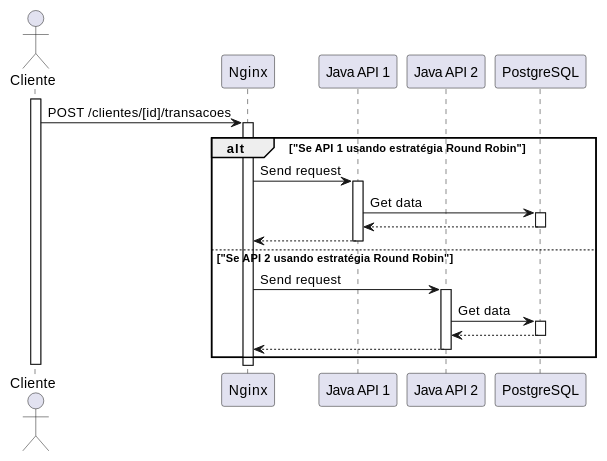
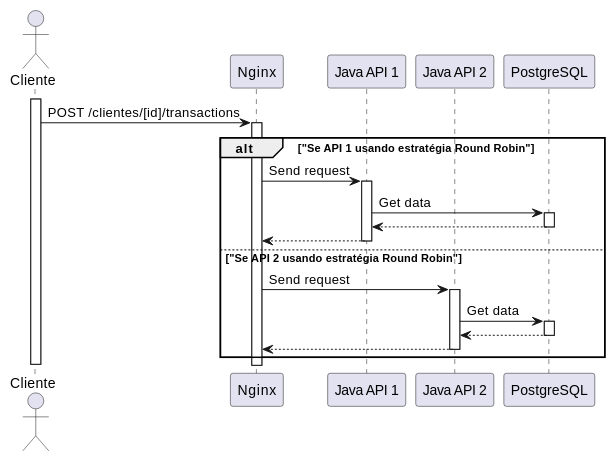
Before and after one commit to faermanj/quarkus-performance-workshop: the first of 2 diagrams in alternatives/participantes/leluque-micronaut-java/README.md, drawn with PlantUML. The commit also changed other lines of this file and 549 other files, not shown here.

````diff
--- a/alternatives/participantes/leluque-micronaut-java/README.md
+++ b/alternatives/participantes/leluque-micronaut-java/README.md
@@ -26,76 +26,76 @@
 ```plantuml
         ┌─┐                                                                                                               
         ║"│                                                                                                               
         └┬┘                                                                                                               
         ┌┼┐                                                                                                               
          │                             ┌─────┐          ┌──────────┐          ┌──────────┐          ┌──────────┐          
         ┌┴┐                            │Nginx│          │Java API 1│          │Java API 2│          │PostgreSQL│          
       Cliente                          └──┬──┘          └────┬─────┘          └────┬─────┘          └────┬─────┘          
-        ┌┴┐POST /clientes/[id]/transacoes┌┴┐                 │                     │                     │                
+        ┌┴┐POST /clientes/[id]/transactions┌┴┐                 │                     │                     │                
         │ │ ────────────────────────────>│ │                 │                     │                     │                
         │ │                              │ │                 │                     │                     │                
         │ │                              │ │                 │                     │                     │                
         │ │                  ╔══════╤════╪═╪═════════════════╪═════════════════════╪═════════════════════╪═══════════════╗
         │ │                  ║ ALT  │  "Se API 1 usando estratégia Round Robin"    │                     │               ║
         │ │                  ╟──────┘    │ │                 │                     │                     │               ║
         │ │                  ║           │ │  Send request   ┌┴┐                   │                     │               ║
         │ │                  ║           │ │ ──────────────> │ │                   │                     │               ║
         │ │                  ║           │ │                 │ │                   │                     │               ║
         │ │                  ║           │ │                 │ │                Get data                 ┌┴┐             ║
         │ │                  ║           │ │                 │ │ ───────────────────────────────────────>│ │             ║
         │ │                  ║           │ │                 │ │                   │                     └┬┘             ║
         │ │                  ║           │ │                 │ │                   │                     │               ║
         │ │                  ║           │ │                 │ │ <─ ─ ─ ─ ─ ─ ─ ─ ─ ─ ─ ─ ─ ─ ─ ─ ─ ─ ─ ─                ║
         │ │                  ║           │ │                 └┬┘                   │                     │               ║
         │ │                  ║           │ │                 │                     │                     │               ║
         │ │                  ║           │ │ <─ ─ ─ ─ ─ ─ ─ ─                      │                     │               ║
         │ │                  ╠═══════════╪═╪═════════════════╪═════════════════════╪═════════════════════╪═══════════════╣
         │ │                  ║ ["Se API 2 usando estratégia Round Robin"]          │                     │               ║
         │ │                  ║           │ │             Send request              ┌┴┐                   │               ║
         │ │                  ║           │ │ ────────────────────────────────────> │ │                   │               ║
         │ │                  ║           │ │                 │                     │ │                   │               ║
         │ │                  ║           │ │                 │                     │ │     Get data      ┌┴┐             ║
         │ │                  ║           │ │                 │                     │ │ ─────────────────>│ │             ║
         │ │                  ║           │ │                 │                     │ │                   └┬┘             ║
         │ │                  ║           │ │                 │                     │ │                   │               ║
         │ │                  ║           │ │                 │                     │ │ <─ ─ ─ ─ ─ ─ ─ ─ ─                ║
         │ │                  ║           │ │                 │                     └┬┘                   │               ║
         │ │                  ║           │ │                 │                     │                     │               ║
         │ │                  ║           │ │ <─ ─ ─ ─ ─ ─ ─ ─ ─ ─ ─ ─ ─ ─ ─ ─ ─ ─ ─                      │               ║
         │ │                  ╚═══════════╪═╪═════════════════╪═════════════════════╪═════════════════════╪═══════════════╝
       Cl└┬┘te                          ┌─│ │─┐          ┌────┴─────┐          ┌────┴─────┐          ┌────┴─────┐          
         ┌─┐                            │N│ │x│          │Java API 1│          │Java API 2│          │PostgreSQL│          
         ║"│                            └─│ │─┘          └──────────┘          └──────────┘          └──────────┘          
         └┬┘                              │ │                                                                              
         ┌┼┐                              │ │                                                                              
          │                               │ │                                                                              
         ┌┴┐                              │ │                                                                              
                                          └┬┘                                                                              
 
 @startuml
 autoactivate on
 
 actor "Cliente" as client
 participant "Nginx" as loadBalancer
 participant "Java API 1" as api1
 participant "Java API 2" as api2
 participant "PostgreSQL" as db
 
 activate client
-client ->loadBalancer : POST /clientes/[id]/transacoes
+client ->loadBalancer : POST /clientes/[id]/transactions
 
 alt "Se API 1 usando estratégia Round Robin"
   loadBalancer -> api1 : Send request
   api1 -> db : Get data
   api1 <-- db : 
   loadBalancer <-- api1 : 
 else "Se API 2 usando estratégia Round Robin"
   loadBalancer -> api2 : Send request
   api2 -> db : Get data
   api2 <-- db : 
   loadBalancer <-- api2 : 
 end
 deactivate client
 
 @enduml
 ```
````
